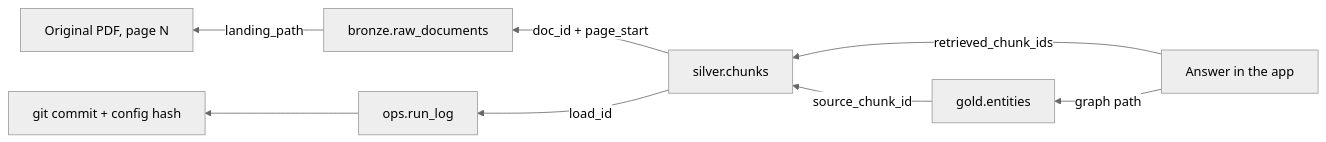
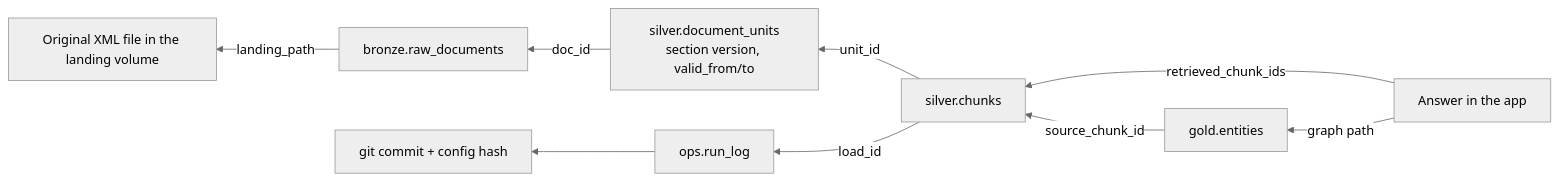
One commit to sharmagaurav5892-svg/care-reg-platform changed the diagram in docs/05_lineage.md. Above: the diagram before and after it, drawn with Mermaid (neutral theme). The commit also changed other lines of this file and 4 other files, not shown here.

Commit message:
Wire silver into the Databricks job; ADR-009; architecture and lineage docs

````diff
--- a/docs/05_lineage.md
+++ b/docs/05_lineage.md
@@ -28,10 +29,11 @@
 ```mermaid
 flowchart RL
     A[Answer in the app] -->|retrieved_chunk_ids| C[silver.chunks]
     A -->|graph path| E[gold.entities]
     E -->|source_chunk_id| C
-    C -->|doc_id + page_start| B[bronze.raw_documents]
-    B -->|landing_path| F[Original PDF, page N]
+    C -->|unit_id| U[silver.document_units<br/>section version, valid_from/to]
+    U -->|doc_id| B[bronze.raw_documents]
+    B -->|landing_path| F[Original XML file in the landing volume]
     C -->|load_id| R[ops.run_log]
     R --> G[git commit + config hash]
 ```
````
